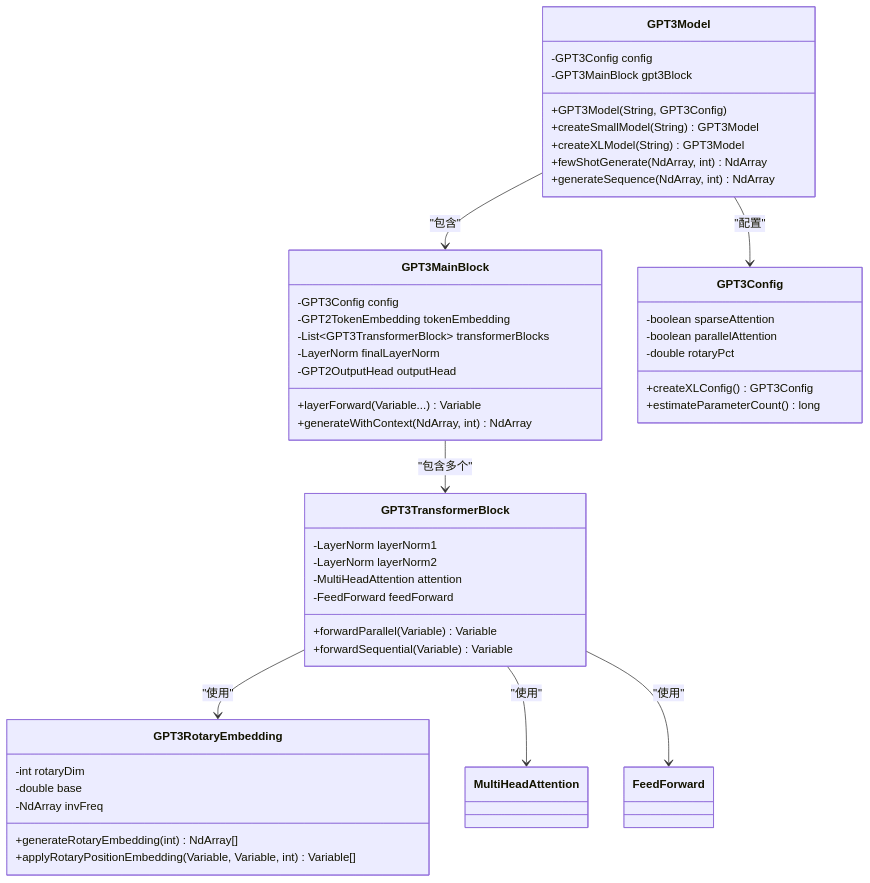
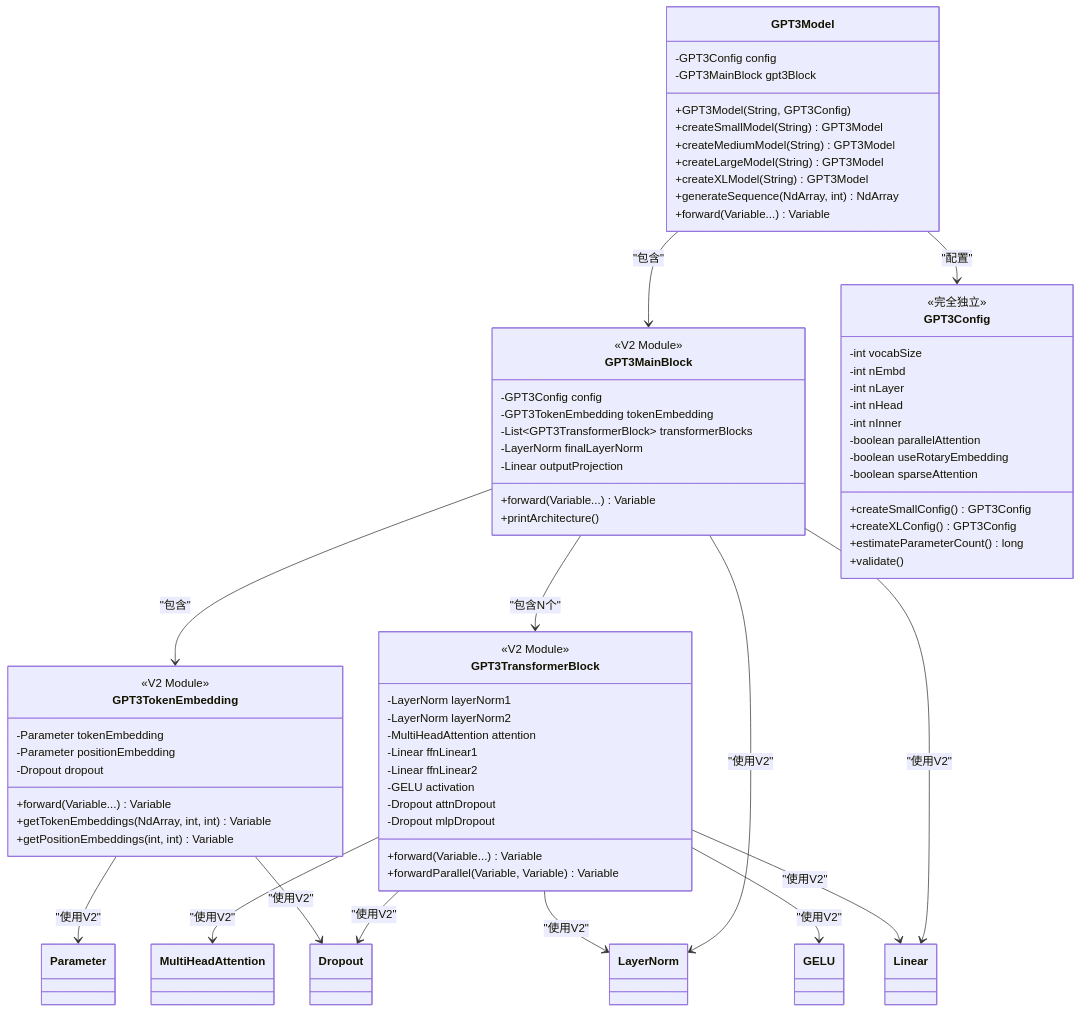
The fifth of 5 diagrams in tinyai-model/tinyai-model-gpt/doc/gpt3_README.md (JunheJiang/TinyAI), drawn with Mermaid before and after one commit. The commit also changed other lines of this file and 36 other files, not shown here.

````diff
--- a/tinyai-model/tinyai-model-gpt/doc/gpt3_README.md
+++ b/tinyai-model/tinyai-model-gpt/doc/gpt3_README.md
@@ -176,54 +162,79 @@
 ```mermaid
 classDiagram
     class GPT3Model {
         -GPT3Config config
         -GPT3MainBlock gpt3Block
         +GPT3Model(String, GPT3Config)
         +createSmallModel(String) GPT3Model
+        +createMediumModel(String) GPT3Model
+        +createLargeModel(String) GPT3Model
         +createXLModel(String) GPT3Model
-        +fewShotGenerate(NdArray, int) NdArray
         +generateSequence(NdArray, int) NdArray
+        +forward(Variable...) Variable
     }
     
     class GPT3MainBlock {
+        <<V2 Module>>
         -GPT3Config config
-        -GPT2TokenEmbedding tokenEmbedding
+        -GPT3TokenEmbedding tokenEmbedding
         -List~GPT3TransformerBlock~ transformerBlocks
         -LayerNorm finalLayerNorm
-        -GPT2OutputHead outputHead
-        +layerForward(Variable...) Variable
-        +generateWithContext(NdArray, int) NdArray
+        -Linear outputProjection
+        +forward(Variable...) Variable
+        +printArchitecture()
     }
     
     class GPT3TransformerBlock {
+        <<V2 Module>>
         -LayerNorm layerNorm1
         -LayerNorm layerNorm2
         -MultiHeadAttention attention
-        -FeedForward feedForward
-        +forwardParallel(Variable) Variable
-        +forwardSequential(Variable) Variable
+        -Linear ffnLinear1
+        -Linear ffnLinear2
+        -GELU activation
+        -Dropout attnDropout
+        -Dropout mlpDropout
+        +forward(Variable...) Variable
+        +forwardParallel(Variable, Variable) Variable
     }
     
-    class GPT3RotaryEmbedding {
-        -int rotaryDim
-        -double base
-        -NdArray invFreq
-        +generateRotaryEmbedding(int) NdArray[]
-        +applyRotaryPositionEmbedding(Variable, Variable, int) Variable[]
+    class GPT3TokenEmbedding {
+        <<V2 Module>>
+        -Parameter tokenEmbedding
+        -Parameter positionEmbedding
+        -Dropout dropout
+        +forward(Variable...) Variable
+        +getTokenEmbeddings(NdArray, int, int) Variable
+        +getPositionEmbeddings(int, int) Variable
     }
     
     class GPT3Config {
+        <<完全独立>>
+        -int vocabSize
+        -int nEmbd
+        -int nLayer
+        -int nHead
+        -int nInner
+        -boolean parallelAttention
+        -boolean useRotaryEmbedding
         -boolean sparseAttention
-        -boolean parallelAttention
-        -double rotaryPct
+        +createSmallConfig() GPT3Config
         +createXLConfig() GPT3Config
         +estimateParameterCount() long
+        +validate()
     }
     
     GPT3Model --> GPT3MainBlock : "包含"
-    GPT3MainBlock --> GPT3TransformerBlock : "包含多个"
-    GPT3TransformerBlock --> GPT3RotaryEmbedding : "使用"
     GPT3Model --> GPT3Config : "配置"
-    GPT3TransformerBlock --> MultiHeadAttention : "使用"
-    GPT3TransformerBlock --> FeedForward : "使用"
+    GPT3MainBlock --> GPT3TokenEmbedding : "包含"
+    GPT3MainBlock --> GPT3TransformerBlock : "包含N个"
+    GPT3MainBlock --> LayerNorm : "使用V2"
+    GPT3MainBlock --> Linear : "使用V2"
+    GPT3TransformerBlock --> MultiHeadAttention : "使用V2"
+    GPT3TransformerBlock --> LayerNorm : "使用V2"
+    GPT3TransformerBlock --> Linear : "使用V2"
+    GPT3TransformerBlock --> GELU : "使用V2"
+    GPT3TransformerBlock --> Dropout : "使用V2"
+    GPT3TokenEmbedding --> Parameter : "使用V2"
+    GPT3TokenEmbedding --> Dropout : "使用V2"
 ```
````
